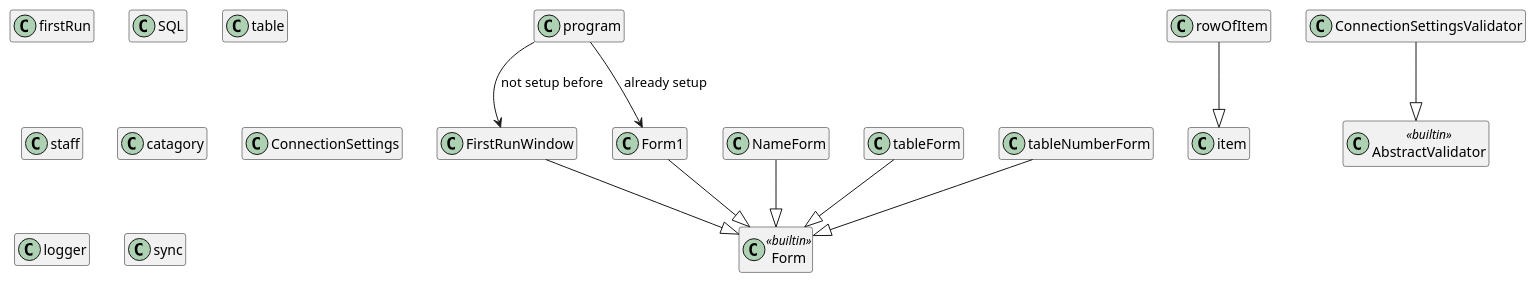
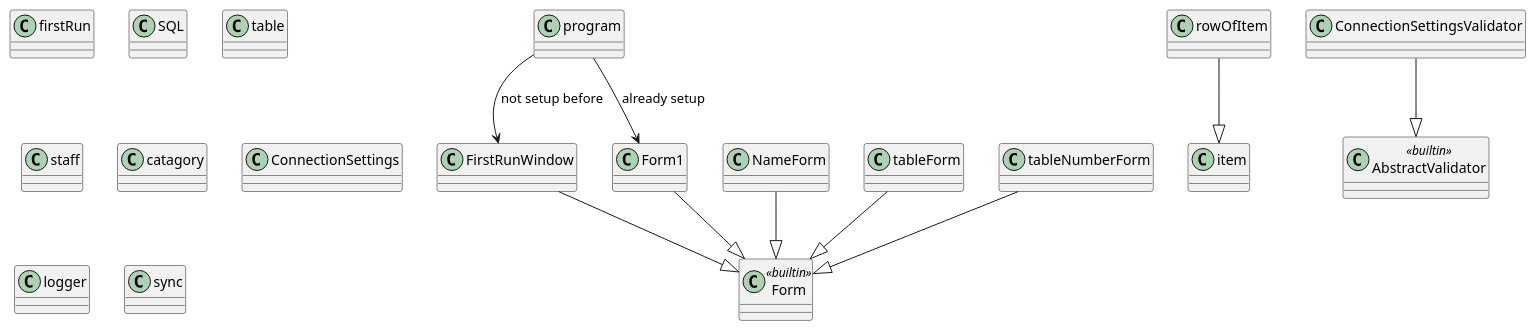
One commit to ffishstix/workcloneCS changed the diagram in diagrams/inheritance.puml. Above: the diagram before and after it, drawn with PlantUML. The commit also changed 4 other files, not shown here.

```diff
--- a/diagrams/inheritance.puml
+++ b/diagrams/inheritance.puml
@@ -1,44 +1,43 @@
 @startuml
 ' settings - to make it look nicer
-hide methods
-hide attributes
+
 
 ' initiallising all of my classes
 class Form <<builtin>>
 class FirstRunWindow
 class firstRun
 class Form1 
 class NameForm
 class SQL
 class table
 class staff
 class catagory
 class item
 class rowOfItem
 class tableForm
 class tableNumberForm
 class program
 class AbstractValidator <<builtin>>
 class ConnectionSettings
 class ConnectionSettingsValidator
 class logger
 class sync
 
 
 
 'joining lines
 Form1 --|> Form
 tableNumberForm --|> Form
 NameForm --|> Form
 tableForm --|> Form
 FirstRunWindow --|> Form
 rowOfItem --|> item
 ConnectionSettingsValidator --|> AbstractValidator
 program --> Form1 : already setup 
 program --> FirstRunWindow : not setup before
 
 
 'notes
 
 
 @enduml
```
